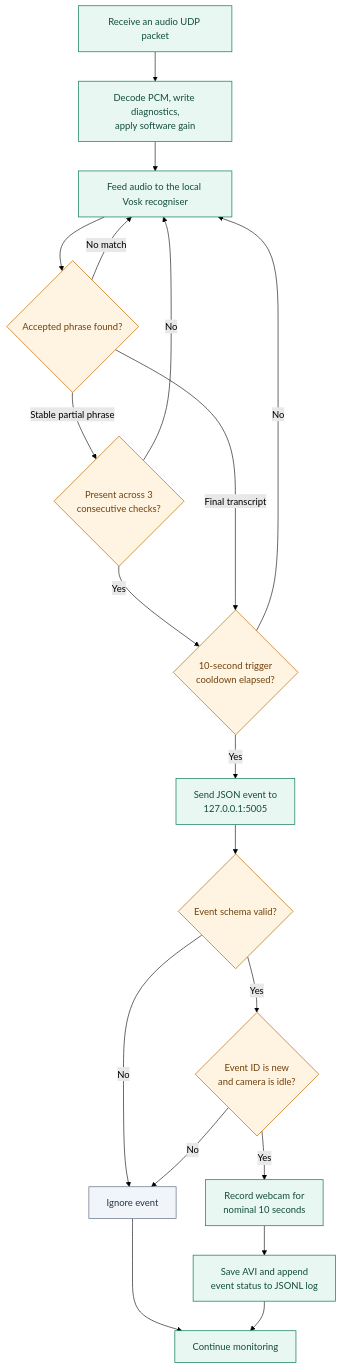
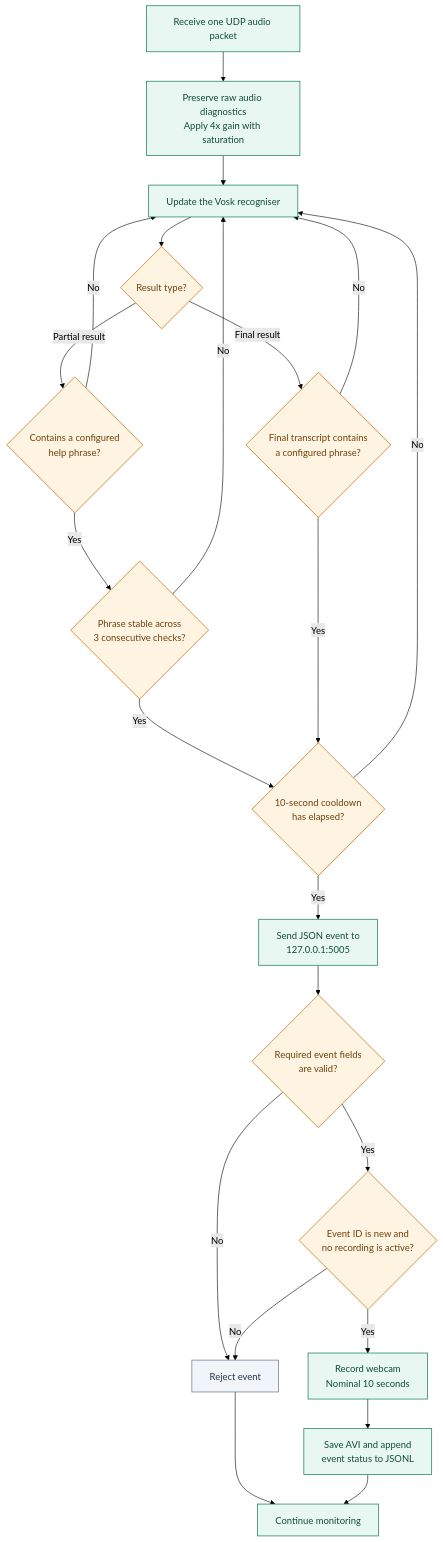
Before and after one commit to muralikrishnapalisetti/SiWG917-SafeHaven: the second of 2 diagrams in README.md, drawn with Mermaid (forest theme). The commit also changed other lines of this file, not shown here.

Commit message:
docs: refine trigger flow and architecture navigation

````diff
--- a/README.md
+++ b/README.md
@@ -210,28 +216,31 @@
 ```mermaid
 flowchart TD
-    A["Receive an audio UDP packet"] --> B["Decode PCM, write diagnostics,<br/>apply software gain"]
-    B --> C["Feed audio to the local Vosk recogniser"]
-    C --> D{"Accepted phrase found?"}
-    D -- "Stable partial phrase" --> E{"Present across 3<br/>consecutive checks?"}
+    A["Receive one UDP audio packet"] --> B["Preserve raw audio diagnostics<br/>Apply 4x gain with saturation"]
+    B --> C["Update the Vosk recogniser"]
+    C --> D{"Result type?"}
+    D -- "Partial result" --> E{"Contains a configured<br/>help phrase?"}
     E -- "No" --> C
-    E -- "Yes" --> F{"10-second trigger<br/>cooldown elapsed?"}
-    D -- "Final transcript" --> F
-    D -- "No match" --> C
+    E -- "Yes" --> F{"Phrase stable across<br/>3 consecutive checks?"}
     F -- "No" --> C
-    F -- "Yes" --> G["Send JSON event to<br/>127.0.0.1:5005"]
-    G --> H{"Event schema valid?"}
-    H -- "No" --> I["Ignore event"]
-    H -- "Yes" --> J{"Event ID is new<br/>and camera is idle?"}
-    J -- "No" --> I
-    J -- "Yes" --> K["Record webcam for<br/>nominal 10 seconds"]
-    K --> L["Save AVI and append<br/>event status to JSONL log"]
-    I --> M["Continue monitoring"]
-    L --> M
+    F -- "Yes" --> G{"10-second cooldown<br/>has elapsed?"}
+    D -- "Final result" --> H{"Final transcript contains<br/>a configured phrase?"}
+    H -- "No" --> C
+    H -- "Yes" --> G
+    G -- "No" --> C
+    G -- "Yes" --> I["Send JSON event to<br/>127.0.0.1:5005"]
+    I --> J{"Required event fields<br/>are valid?"}
+    J -- "No" --> K["Reject event"]
+    J -- "Yes" --> L{"Event ID is new and<br/>no recording is active?"}
+    L -- "No" --> K
+    L -- "Yes" --> M["Record webcam<br/>Nominal 10 seconds"]
+    M --> N["Save AVI and append<br/>event status to JSONL"]
+    K --> O["Continue monitoring"]
+    N --> O
 
     classDef decision fill:#FFF3E1,stroke:#C47A1A,color:#70420D,stroke-width:1.3px;
     classDef action fill:#E8F7F1,stroke:#23866A,color:#124C3D,stroke-width:1.3px;
     classDef ignore fill:#F1F4F8,stroke:#68778D,color:#263548,stroke-width:1.2px;
-    class D,E,F,H,J decision;
-    class A,B,C,G,K,L,M action;
-    class I ignore;
+    class D,E,F,G,H,J,L decision;
+    class A,B,C,I,M,N,O action;
+    class K ignore;
 ```
````
